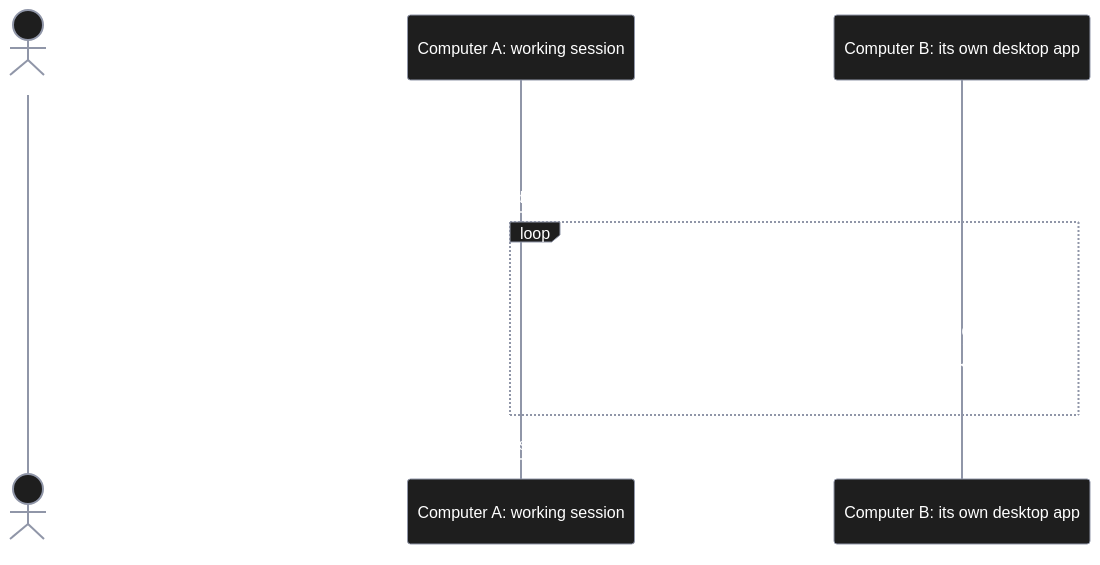
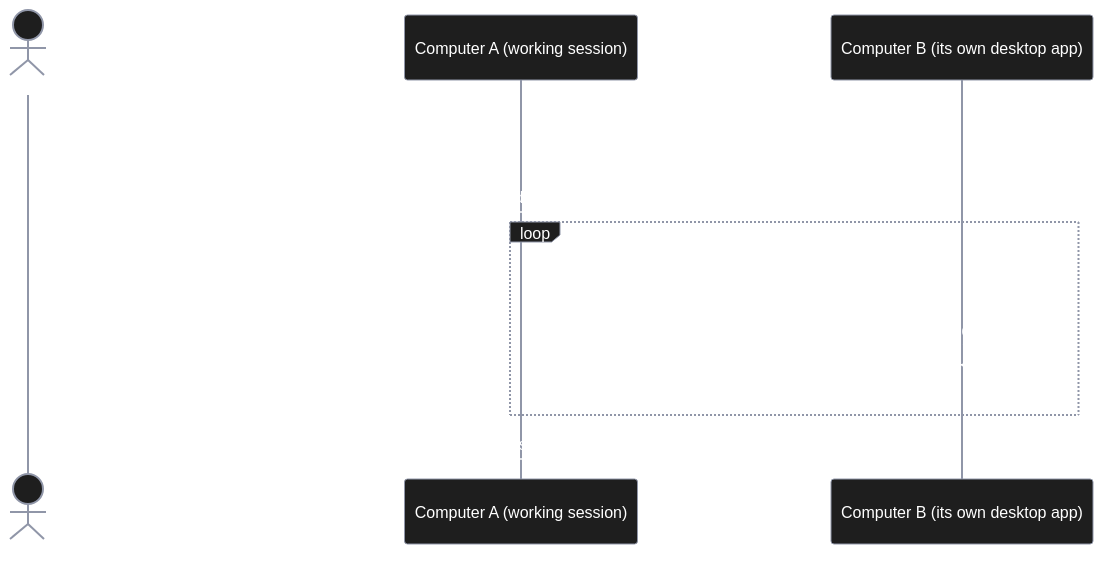
Before and after one commit to wookiya1364/scv-mods: the diagram in README.md, drawn with Mermaid.

Commit message:
docs: 순서도 참가자 이름의 콜론 제거 — GitHub 렌더 실패 원인
Claude-Session: https://claude.ai/code/session_01Ch9Fr1MTZxpbwbtdQHDy9P

````diff
--- a/README.md
+++ b/README.md
@@ -33,15 +33,15 @@
 ```mermaid
 %%{init: {'theme':'base', 'themeVariables': {'primaryColor':'#1e1e1e','primaryTextColor':'#fff','primaryBorderColor':'#9096a8','lineColor':'#e7e9f0','secondaryColor':'#2d2d2d','tertiaryColor':'#1e1e1e','background':'#171922','edgeLabelBackground':'#171922'}}}%%
 sequenceDiagram
   actor You
-  participant A as Computer A: working session
-  participant B as Computer B: its own desktop app
+  participant A as Computer A (working session)
+  participant B as Computer B (its own desktop app)
   You->>A: /scv-dashboard
   A-->>You: address (the Remote Control id while Remote Control is on)
   You->>B: /scv-mirror address
   loop while mirroring
     A->>B: session state, session to session (no model reads it)
     B->>B: the SCV pane draws A's state
   end
   You->>B: /scv-mirror stop
 ```
````
